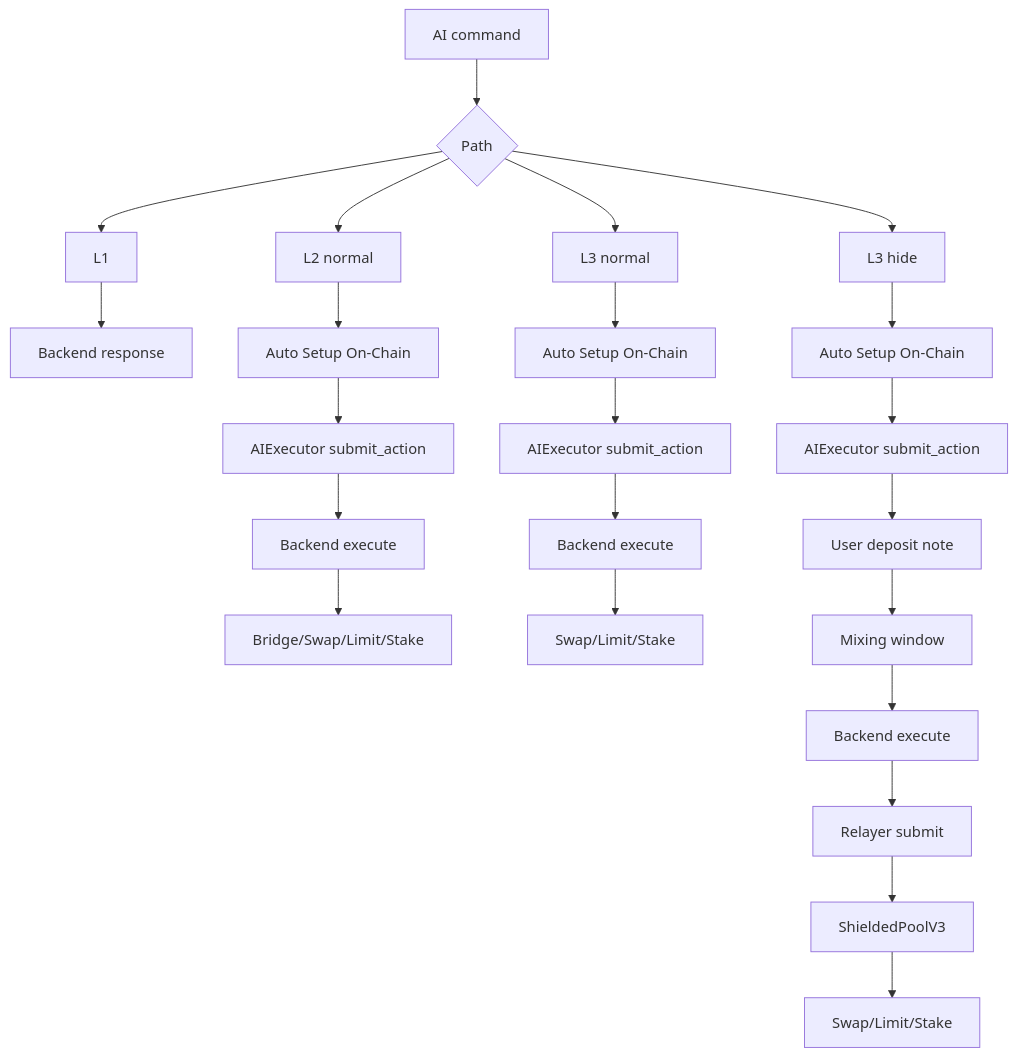
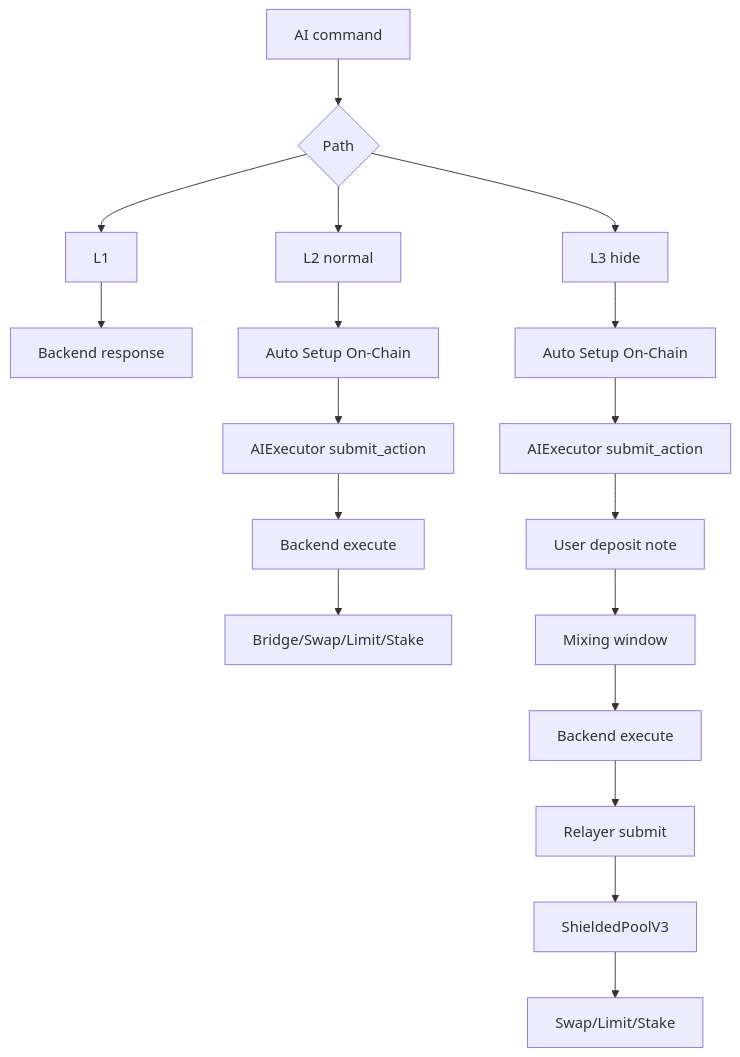
Before and after one commit to ntfound-dev/zkcarel_protocol: the fifth of 6 diagrams in README.md, drawn with Mermaid. The commit also changed other lines of this file and 1 other file, not shown here.

Commit message:
Allow new hide note deposits during swap cooldown

````diff
--- a/README.md
+++ b/README.md
@@ -202,29 +202,23 @@
 ```mermaid
 flowchart TD
   A[AI command] --> B{Path}
 
   B --> C[L1]
   C --> C1[Backend response]
 
   B --> D[L2 normal]
   D --> D1[Auto Setup On-Chain]
   D1 --> D2[AIExecutor submit_action]
   D2 --> D3[Backend execute]
   D3 --> D4[Bridge/Swap/Limit/Stake]
 
-  B --> E[L3 normal]
+  B --> E[L3 hide]
   E --> E1[Auto Setup On-Chain]
   E1 --> E2[AIExecutor submit_action]
-  E2 --> E3[Backend execute]
-  E3 --> E4[Swap/Limit/Stake]
-
-  B --> F[L3 hide]
-  F --> F1[Auto Setup On-Chain]
-  F1 --> F2[AIExecutor submit_action]
-  F2 --> F3[User deposit note]
-  F3 --> F4[Mixing window]
-  F4 --> F5[Backend execute]
-  F5 --> F6[Relayer submit]
-  F6 --> F7[ShieldedPoolV3]
-  F7 --> F8[Swap/Limit/Stake]
+  E2 --> E3[User deposit note]
+  E3 --> E4[Mixing window]
+  E4 --> E5[Backend execute]
+  E5 --> E6[Relayer submit]
+  E6 --> E7[ShieldedPoolV3]
+  E7 --> E8[Swap/Limit/Stake]
 ```
````
